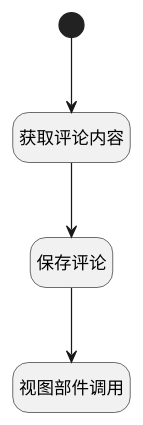
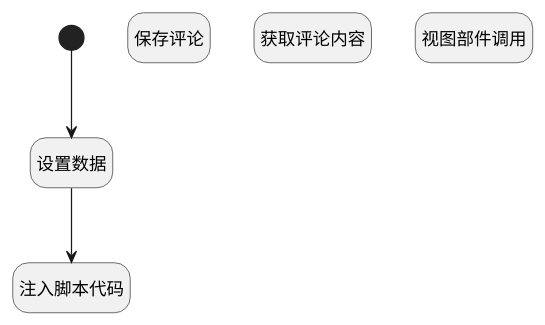
Before and after one commit to iBizLab/plm: the diagram in doc/docsify/module/Team/discuss_post/uilogic/send_comment.md, drawn with PlantUML. The commit also changed other lines of this file and 1276 other files, not shown here.

````diff
--- a/doc/docsify/module/Team/discuss_post/uilogic/send_comment.md
+++ b/doc/docsify/module/Team/discuss_post/uilogic/send_comment.md
@@ -7,23 +7,24 @@
 ```plantuml
 @startuml
 hide footbox
 <style>
 root {
   HyperlinkColor #42b983
 }
 </style>
 
 hide empty description
 state "开始" as Begin <<start>> [[$./send_comment#begin {开始}]]
 state "保存评论" as DEACTION1  [[$./send_comment#deaction1 {保存评论}]]
+state "获取评论内容" as PREPAREJSPARAM1  [[$./send_comment#preparejsparam1 {获取评论内容}]]
+state "设置数据" as PREPAREJSPARAM2  [[$./send_comment#preparejsparam2 {设置数据}]]
+state "注入脚本代码" as RAWJSCODE1  [[$./send_comment#rawjscode1 {注入脚本代码}]]
 state "视图部件调用" as VIEWCTRLINVOKE1  [[$./send_comment#viewctrlinvoke1 {视图部件调用}]]
-state "获取评论内容" as PREPAREJSPARAM1  [[$./send_comment#preparejsparam1 {获取评论内容}]]
 
 
-Begin --> PREPAREJSPARAM1
-PREPAREJSPARAM1 --> DEACTION1
-DEACTION1 --> VIEWCTRLINVOKE1
+Begin --> PREPAREJSPARAM2
+PREPAREJSPARAM2 --> RAWJSCODE1
 
 
 @enduml
 ```
````
